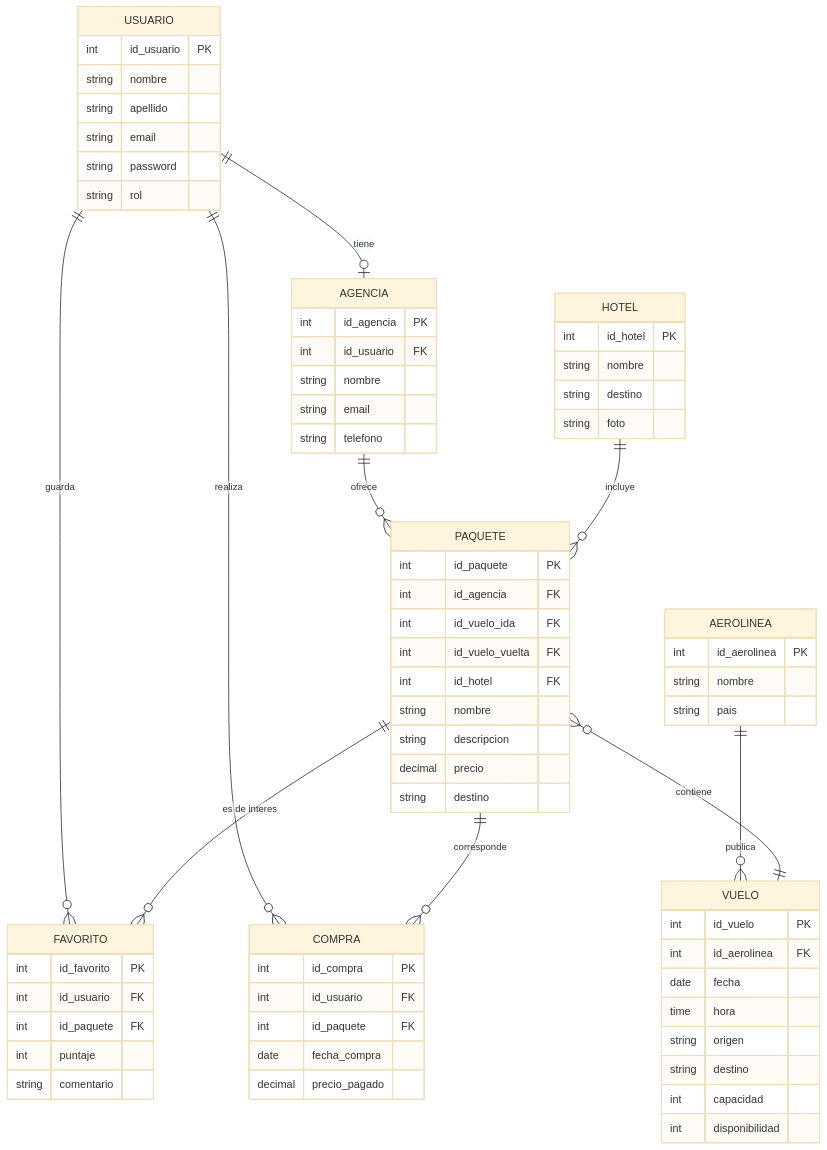
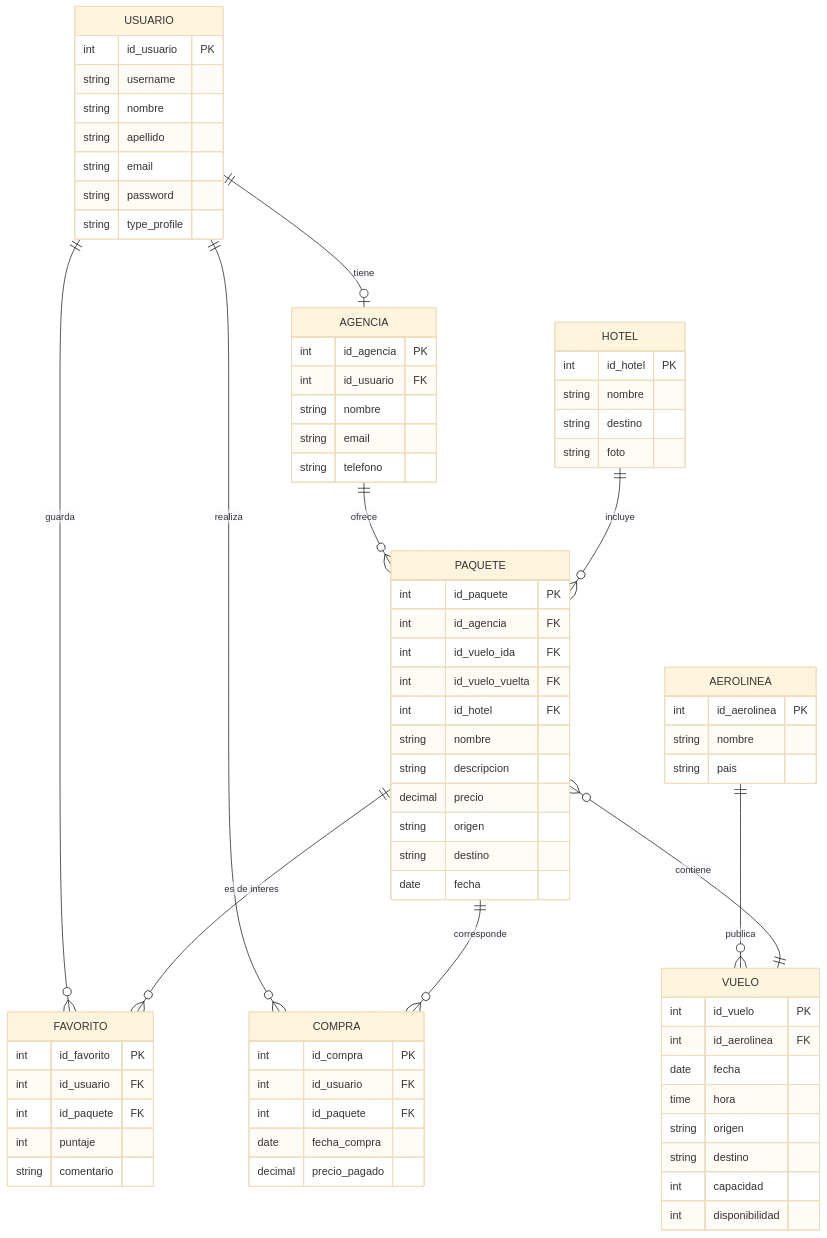
Before and after one commit to axlg98/2026c2-pdes-5-gupo: the diagram in README.md, drawn with Mermaid (base theme). The commit also changed other lines of this file, not shown here.

Commit message:
corregido el readme

```diff
--- a/README.md
+++ b/README.md
@@ -23,11 +23,12 @@
 
     USUARIO {
         int id_usuario PK
+        string username
         string nombre
         string apellido
         string email
         string password
-        string rol
+        string type_profile
     }
 
     AGENCIA {
@@ -47,7 +48,9 @@
         string nombre
         string descripcion
         decimal precio
+        string origen
         string destino
+        date fecha
     }
 
     HOTEL {
```
